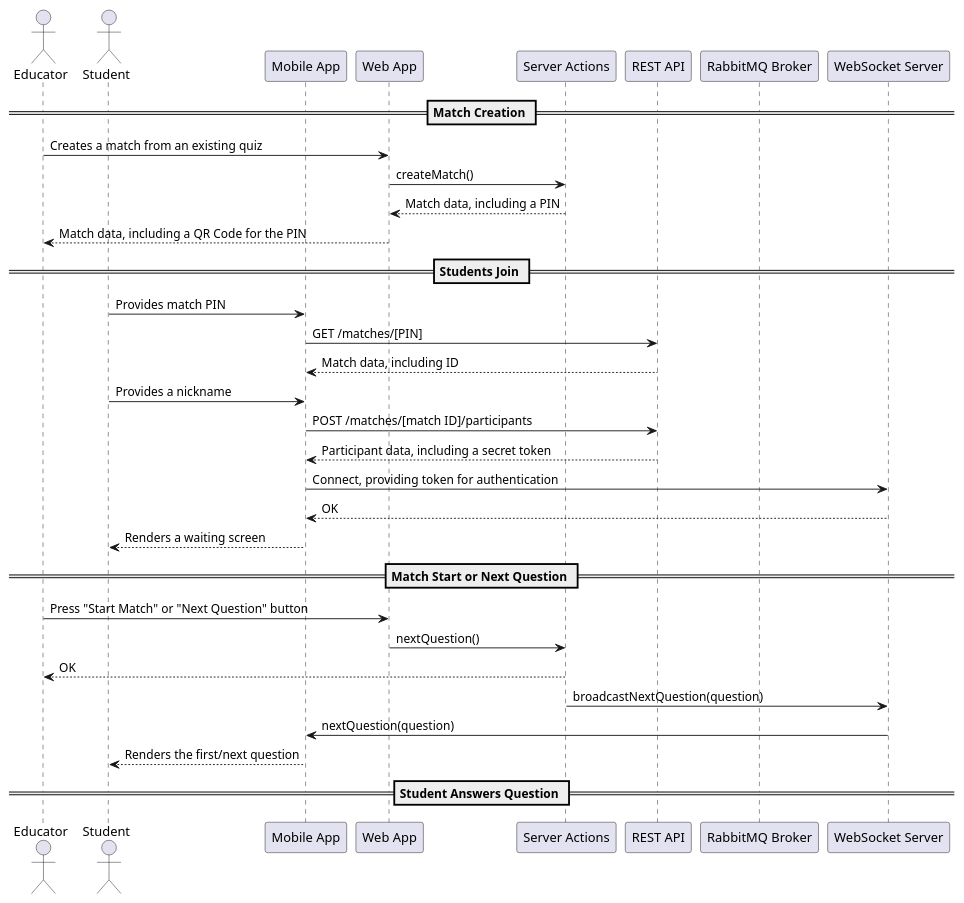
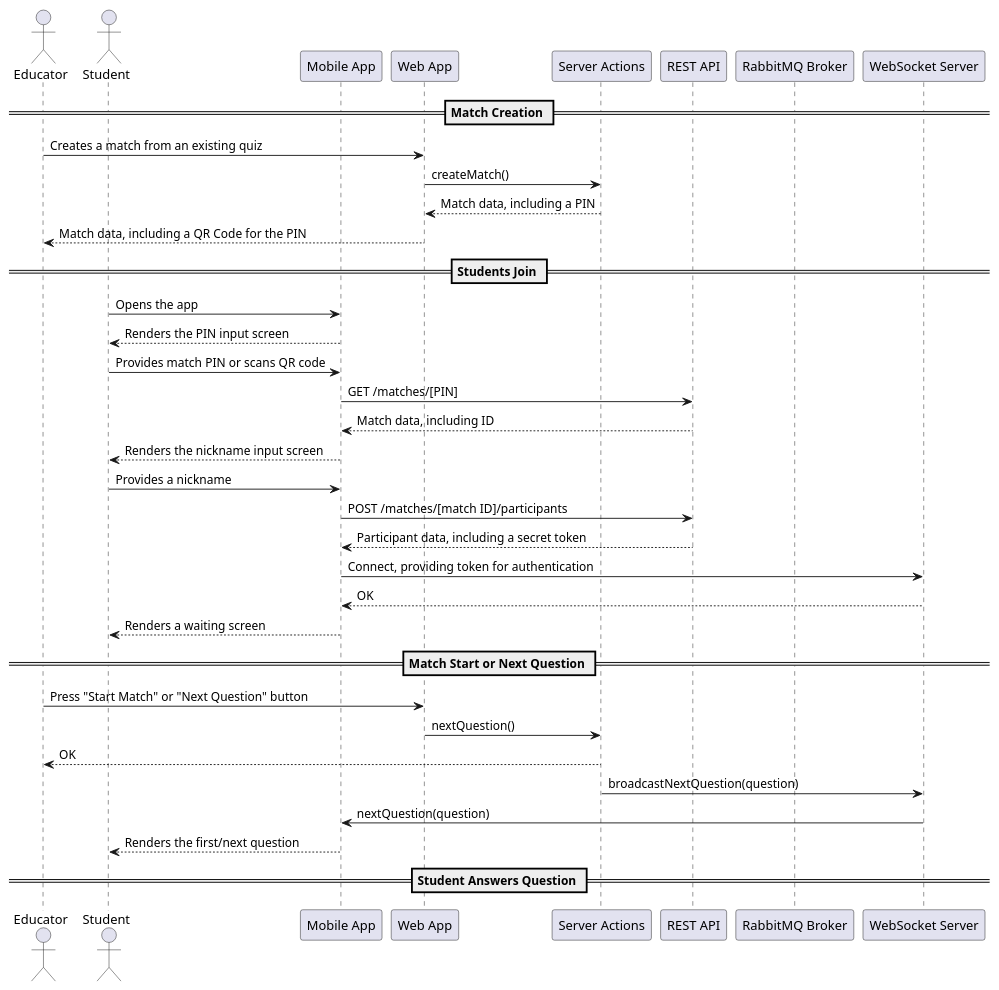
The diagram in docs/assets/diagrama-de-sequencia.puml (lucaazalim/ti-5-mindrush), drawn with PlantUML before and after one commit.

Commit message:
docs: atualizando diagrama de sequência.

```diff
--- a/docs/assets/diagrama-de-sequencia.puml
+++ b/docs/assets/diagrama-de-sequencia.puml
@@ -1,45 +1,48 @@
 @startuml
 actor Educator
 actor Student
 
 participant "Mobile App" as MobileApp
 participant "Web App" as WebApp
 participant "Server Actions" as ServerActions
 participant "REST API" as RESTAPI
 participant "RabbitMQ Broker" as RabbitMQ
 participant "WebSocket Server" as WSS
 
 == Match Creation ==
 
 Educator -> WebApp : Creates a match from an existing quiz
 WebApp -> ServerActions : createMatch()
 WebApp <-- ServerActions : Match data, including a PIN
 Educator <-- WebApp : Match data, including a QR Code for the PIN
 
 == Students Join ==
 
-Student -> MobileApp : Provides match PIN
+Student -> MobileApp : Opens the app
+Student <-- MobileApp : Renders the PIN input screen
+Student -> MobileApp : Provides match PIN or scans QR code
 MobileApp -> RESTAPI : GET /matches/[PIN]
 MobileApp <-- RESTAPI : Match data, including ID
+Student <-- MobileApp : Renders the nickname input screen
 
 Student -> MobileApp : Provides a nickname
 MobileApp -> RESTAPI : POST /matches/[match ID]/participants
 MobileApp <-- RESTAPI : Participant data, including a secret token
 
 MobileApp -> WSS : Connect, providing token for authentication
 MobileApp <-- WSS : OK
 
 Student <-- MobileApp : Renders a waiting screen
 
 == Match Start or Next Question ==
 
 Educator -> WebApp : Press "Start Match" or "Next Question" button
 WebApp -> ServerActions : nextQuestion()
 Educator <-- ServerActions : OK
 ServerActions -> WSS : broadcastNextQuestion(question)
 WSS -> MobileApp : nextQuestion(question)
 Student <-- MobileApp : Renders the first/next question
 
 == Student Answers Question ==
 
 @enduml
```
